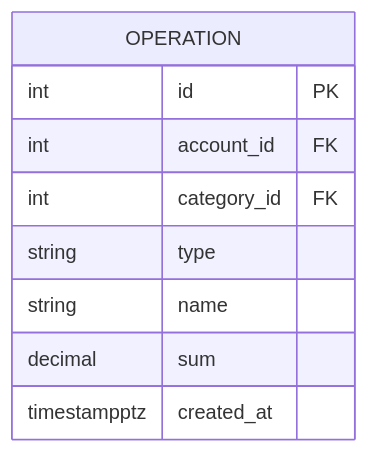
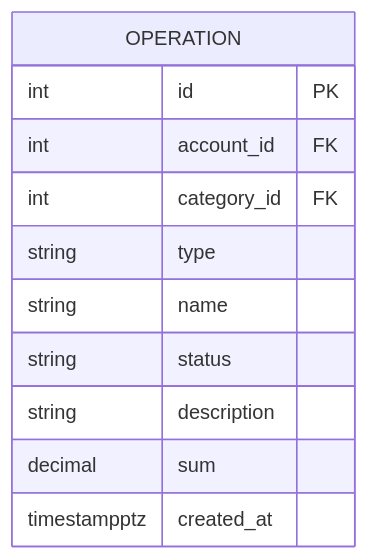
The seventh of 12 diagrams in db/normalized/relations.md (go-park-mail-ru/2025_2_VKarmane), drawn with Mermaid before and after one commit. The commit also changed other lines of this file and 2 other files, not shown here.

````diff
--- a/db/normalized/relations.md
+++ b/db/normalized/relations.md
@@ -180,13 +181,15 @@
 ```mermaid
 erDiagram
 
   OPERATION{
         int id PK
         int account_id FK
         int category_id FK
         string type
         string name
+        string status
+        string description
         decimal sum
         timestampptz created_at
     }
 ```
````
